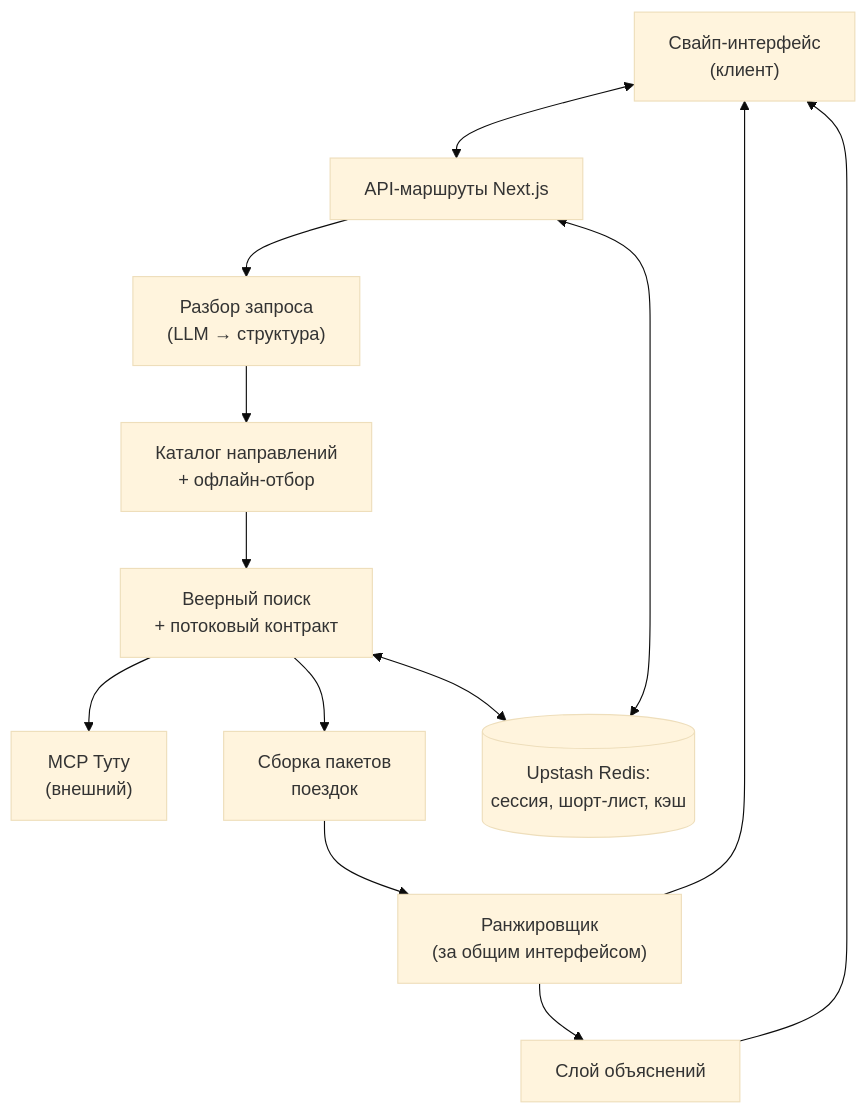
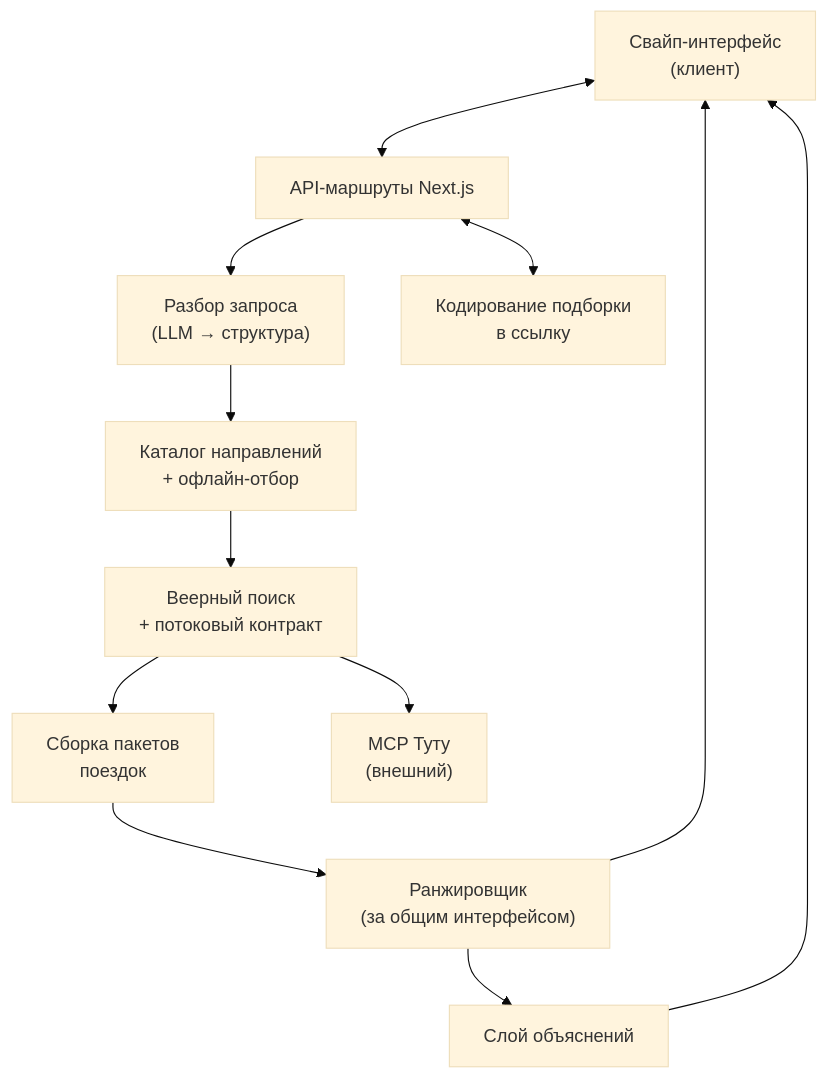
One commit to bestmark1/tutu-swipe changed the first of 3 diagrams in docs/plans/2026-08-04-001-feat-tutu-swipe-discovery-plan.md. Above: the diagram before and after it, drawn with Mermaid (base theme). The commit also changed other lines of this file and 12 other files, not shown here.

````diff
--- a/docs/plans/2026-08-04-001-feat-tutu-swipe-discovery-plan.md
+++ b/docs/plans/2026-08-04-001-feat-tutu-swipe-discovery-plan.md
@@ -103,26 +115,25 @@
 ```mermaid
 flowchart TB
     UI["Свайп-интерфейс<br/>(клиент)"]
     API["API-маршруты Next.js"]
     Parse["Разбор запроса<br/>(LLM → структура)"]
     Cat["Каталог направлений<br/>+ офлайн-отбор"]
     Fan["Веерный поиск<br/>+ потоковый контракт"]
     Pack["Сборка пакетов<br/>поездок"]
     Rank["Ранжировщик<br/>(за общим интерфейсом)"]
     Expl["Слой объяснений"]
-    Store[("Upstash Redis:<br/>сессия, шорт-лист, кэш")]
+    Link["Кодирование подборки<br/>в ссылку"]
     MCP["MCP Туту<br/>(внешний)"]
 
     UI <--> API
     API --> Parse
     Parse --> Cat
     Cat --> Fan
     Fan --> MCP
     Fan --> Pack
     Pack --> Rank
     Rank --> UI
     Rank --> Expl
     Expl --> UI
-    API <--> Store
-    Fan <--> Store
+    API <--> Link
 ```
````
